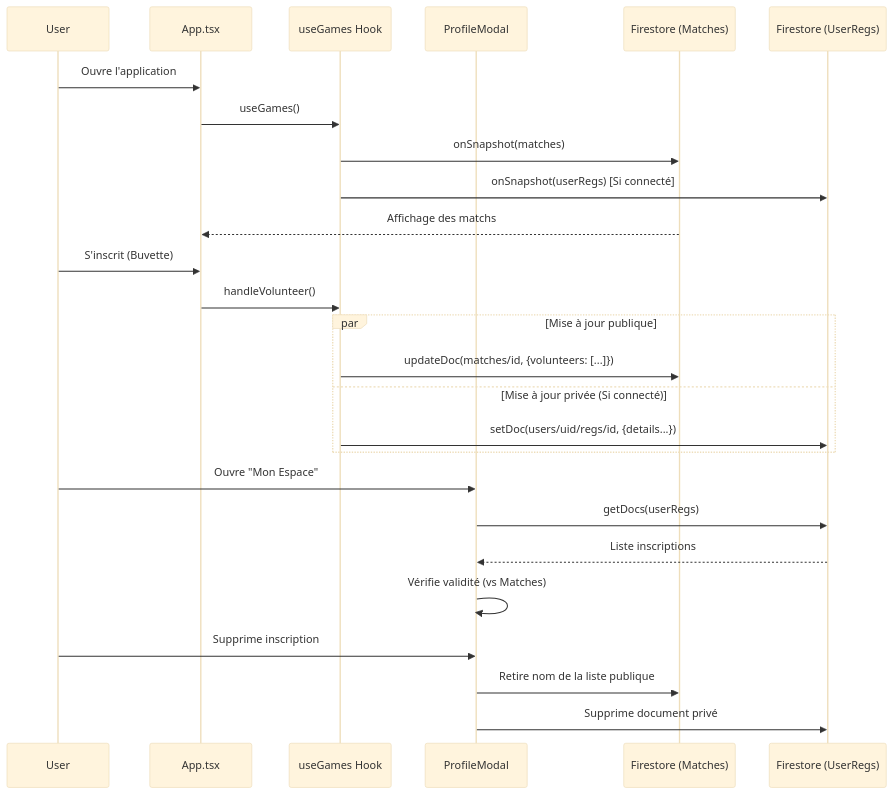
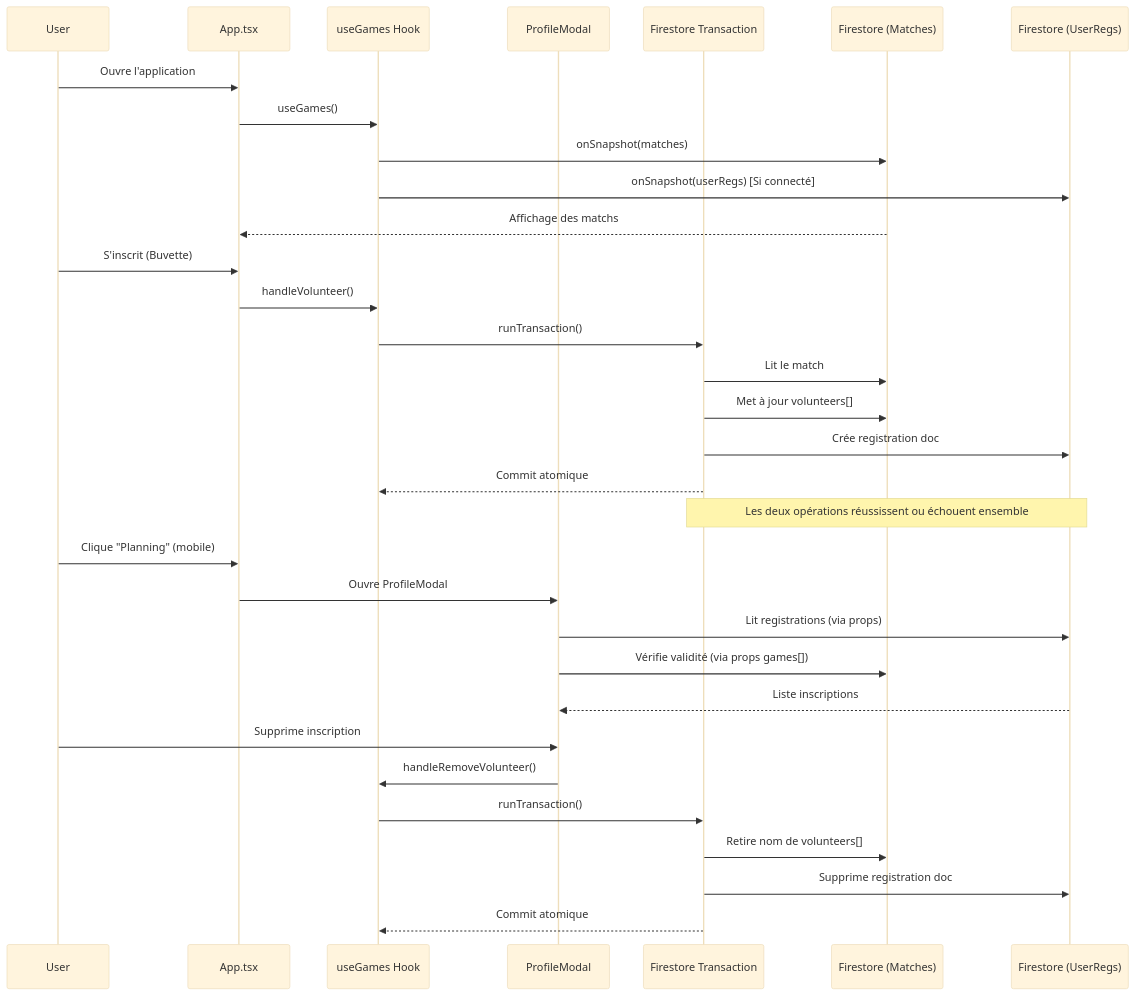
Before and after one commit to nickdesi/SCBA-Benevolat: the second of 3 diagrams in README.md, drawn with Mermaid (base theme). The commit also changed other lines of this file and 9 other files, not shown here.

First line of the commit message:
feat: Firestore transactions for volunteer ops + mobile UX improvements

````diff
--- a/README.md
+++ b/README.md
@@ -55,35 +58,41 @@
 ```mermaid
 sequenceDiagram
     participant U as User
     participant A as App.tsx
     participant H as useGames Hook
     participant P as ProfileModal
+    participant TX as Firestore Transaction
     participant F as Firestore (Matches)
     participant R as Firestore (UserRegs)
     
     U->>A: Ouvre l'application
     A->>H: useGames()
     H->>F: onSnapshot(matches)
     H->>R: onSnapshot(userRegs) [Si connecté]
     F-->>A: Affichage des matchs
     
-    %% Inscription
+    %% Inscription avec Transaction
     U->>A: S'inscrit (Buvette)
     A->>H: handleVolunteer()
-    par Mise à jour publique
-        H->>F: updateDoc(matches/id, {volunteers: [...]})
-    and Mise à jour privée (Si connecté)
-        H->>R: setDoc(users/uid/regs/id, {details...})
-    end
+    H->>TX: runTransaction()
+    TX->>F: Lit le match
+    TX->>F: Met à jour volunteers[]
+    TX->>R: Crée registration doc
+    TX-->>H: Commit atomique
+    Note over TX,R: Les deux opérations réussissent ou échouent ensemble
     
-    %% Gestion Profil
-    U->>P: Ouvre "Mon Espace"
-    P->>R: getDocs(userRegs)
+    %% Accès Planning Mobile
+    U->>A: Clique "Planning" (mobile)
+    A->>P: Ouvre ProfileModal
+    P->>R: Lit registrations (via props)
+    P->>F: Vérifie validité (via props games[])
     R-->>P: Liste inscriptions
-    P->>P: Vérifie validité (vs Matches)
     
-    %% Suppression
+    %% Suppression avec Transaction
     U->>P: Supprime inscription
-    P->>F: Retire nom de la liste publique
-    P->>R: Supprime document privé
+    P->>H: handleRemoveVolunteer()
+    H->>TX: runTransaction()
+    TX->>F: Retire nom de volunteers[]
+    TX->>R: Supprime registration doc
+    TX-->>H: Commit atomique
 ```
````
